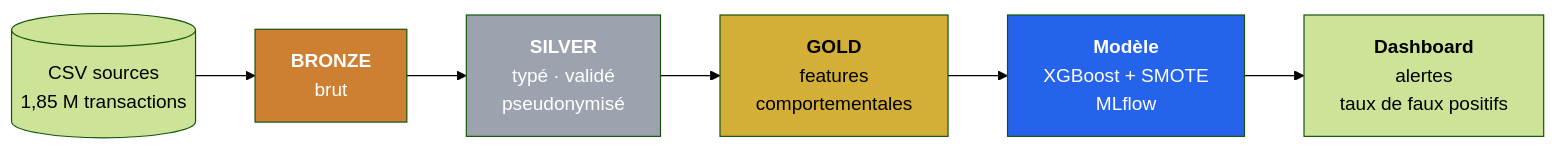
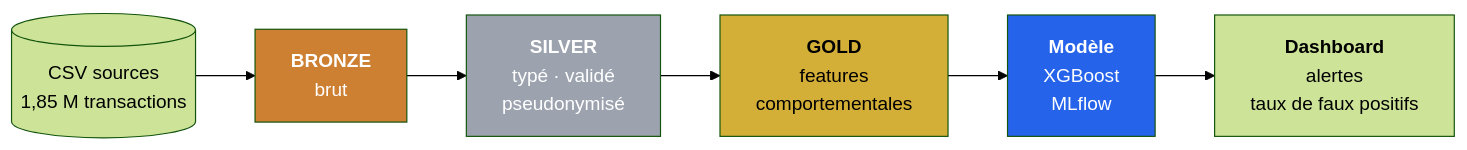
Before and after one commit to MouadAgn/fraud-detection-pipeline: the diagram in README.md, drawn with Mermaid (forest theme). The commit also changed other lines of this file and 4 other files, not shown here.

````diff
--- a/README.md
+++ b/README.md
@@ -15,13 +15,13 @@
 ```mermaid
 flowchart LR
     SRC[("CSV sources<br/>1,85 M transactions")] --> B
     B["<b>BRONZE</b><br/>brut"] --> S["<b>SILVER</b><br/>typé · validé<br/>pseudonymisé"]
     S --> G["<b>GOLD</b><br/>features<br/>comportementales"]
-    G --> M["<b>Modèle</b><br/>XGBoost + SMOTE<br/>MLflow"]
+    G --> M["<b>Modèle</b><br/>XGBoost<br/>MLflow"]
     M --> D["<b>Dashboard</b><br/>alertes<br/>taux de faux positifs"]
 
     style B fill:#cd7f32,color:#fff
     style S fill:#9ca3af,color:#fff
     style G fill:#d4af37,color:#000
     style M fill:#2563eb,color:#fff
 ```
````
